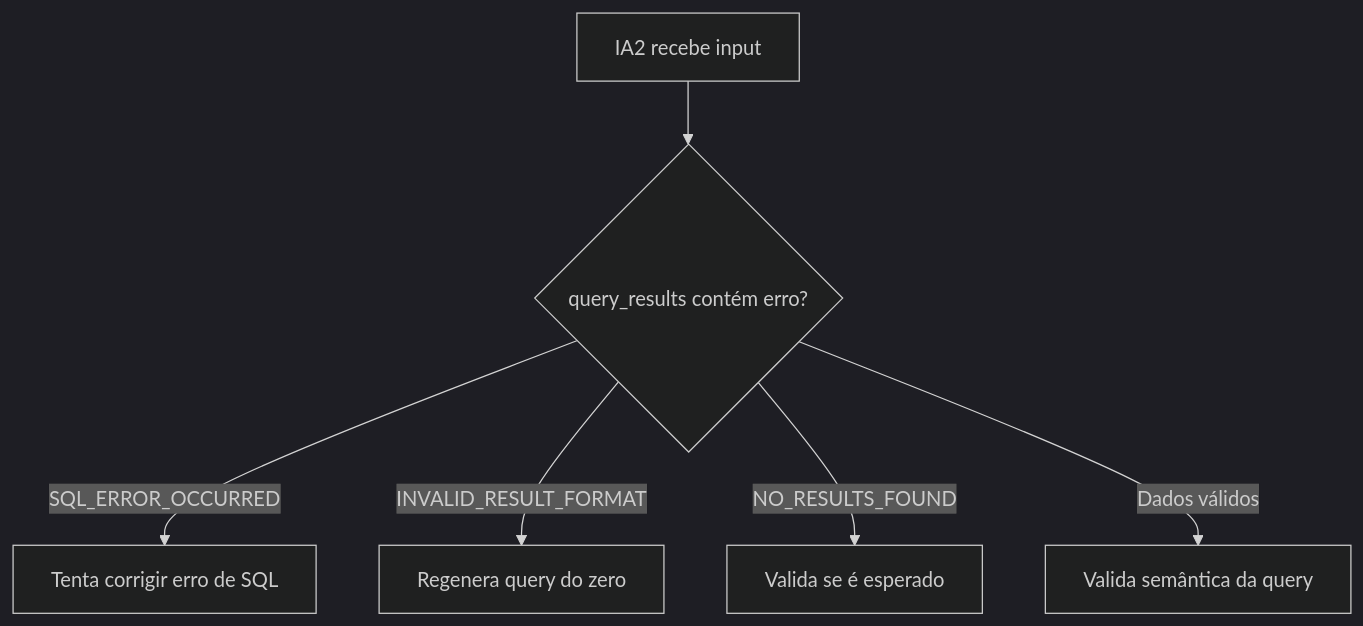
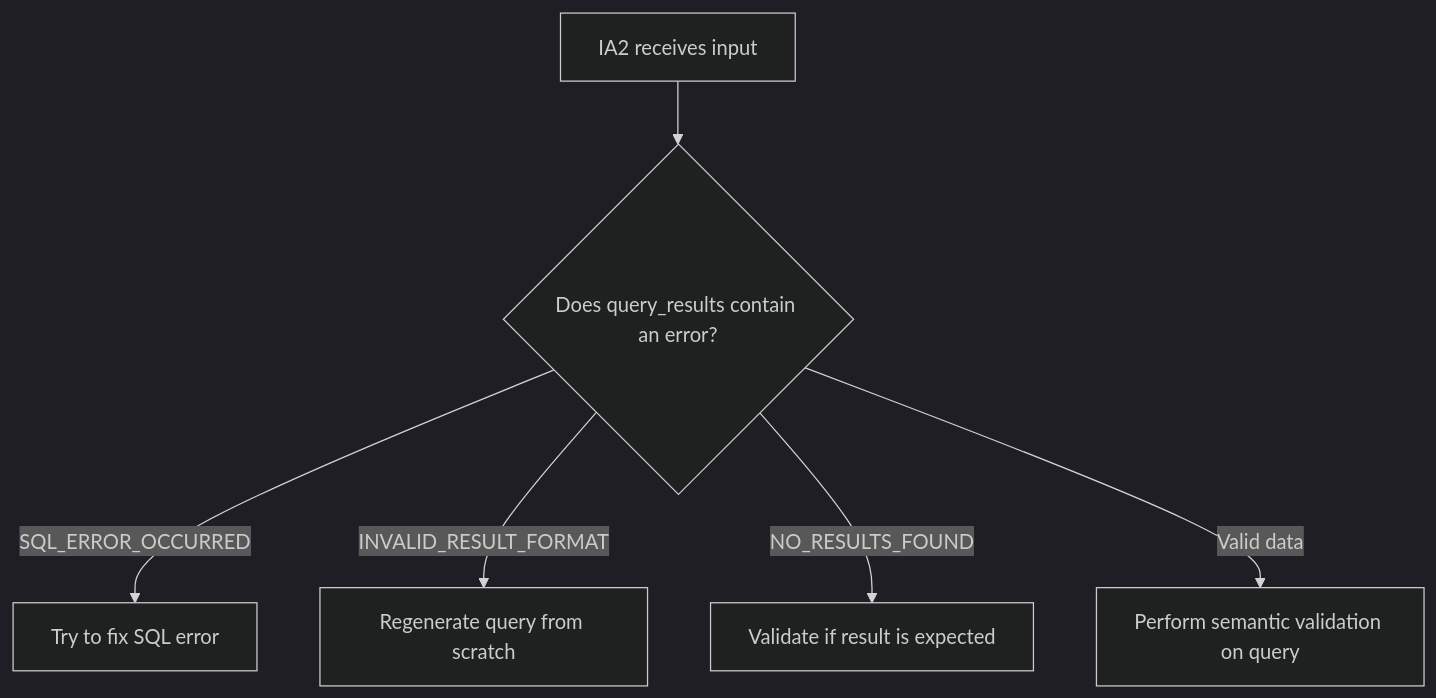
Before and after one commit to raphael-santosz/LangQueryGen: the third of 5 diagrams in README.md, drawn with Mermaid (dark theme).

Commit message:
README update: correction2

````diff
--- a/README.md
+++ b/README.md
@@ -185,8 +185,8 @@
 ```mermaid
 flowchart TD
-    A[IA2 recebe input] --> B{query_results contém erro?}
-    B -->|SQL_ERROR_OCCURRED| C[Tenta corrigir erro de SQL]
-    B -->|INVALID_RESULT_FORMAT| D[Regenera query do zero]
-    B -->|NO_RESULTS_FOUND| E[Valida se é esperado]
-    B -->|Dados válidos| F[Valida semântica da query]
+    A[IA2 receives input] --> B{Does query_results contain an error?}
+    B -->|SQL_ERROR_OCCURRED| C[Try to fix SQL error]
+    B -->|INVALID_RESULT_FORMAT| D[Regenerate query from scratch]
+    B -->|NO_RESULTS_FOUND| E[Validate if result is expected]
+    B -->|Valid data| F[Perform semantic validation on query]
 ```
````
